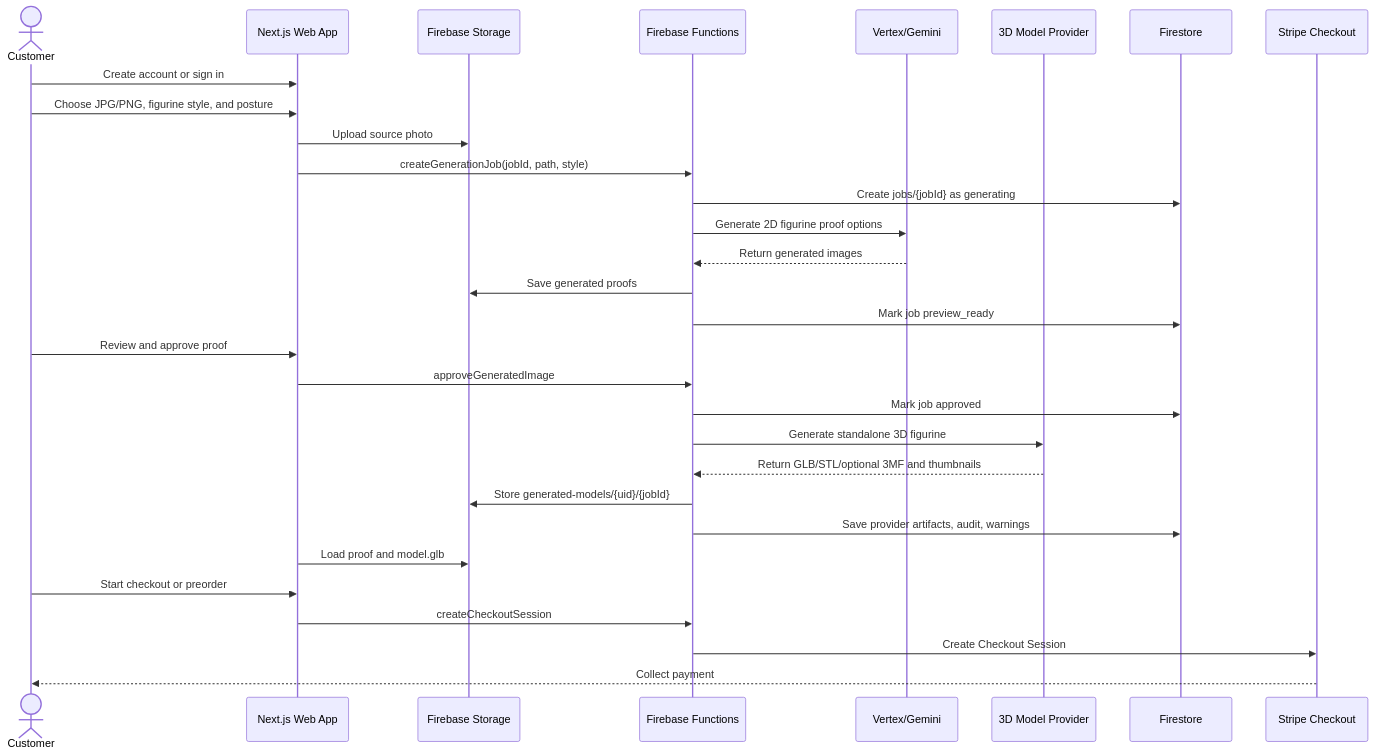
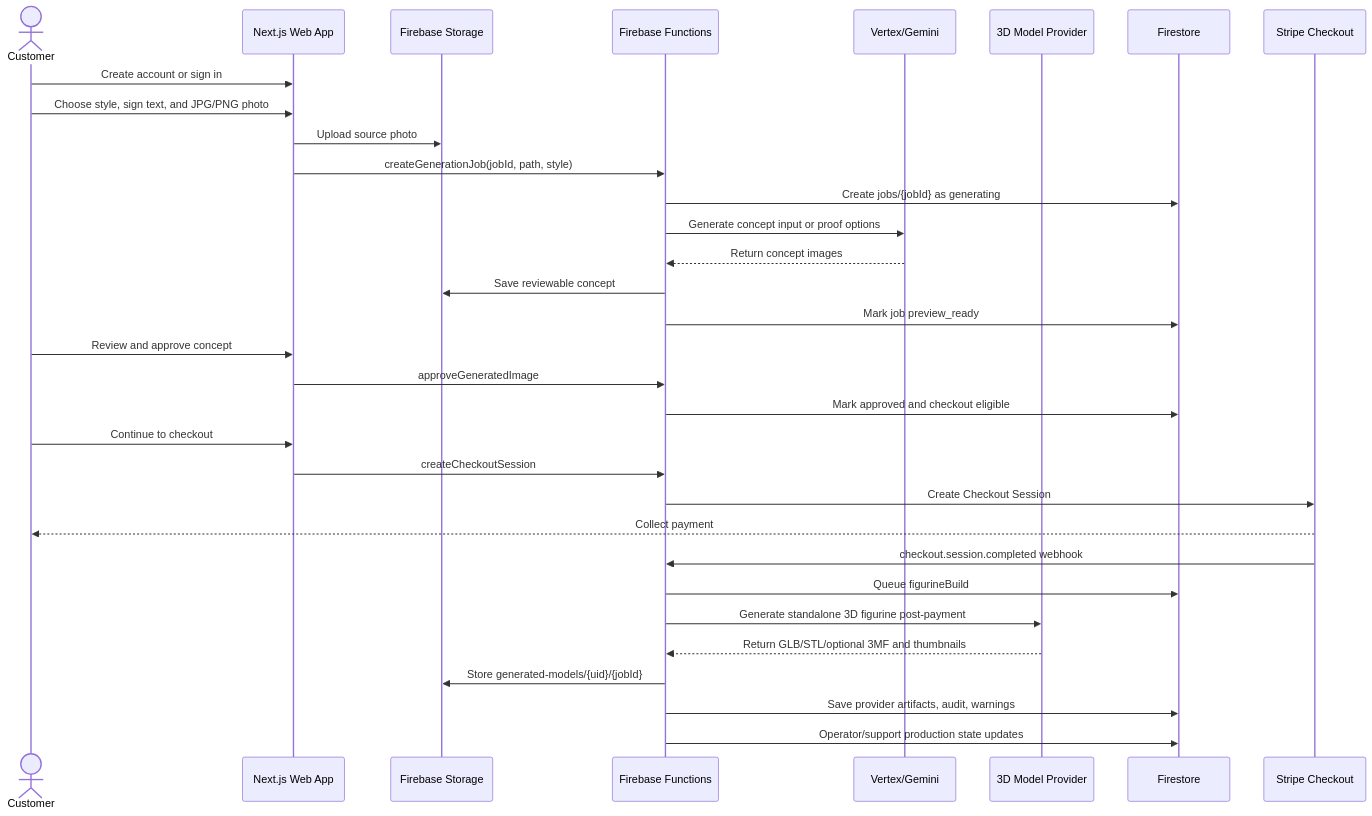
Before and after one commit to KielRN/3dprintposters: the second of 3 diagrams in README.md, drawn with Mermaid. The commit also changed other lines of this file and 27 other files, not shown here.

````diff
--- a/README.md
+++ b/README.md
@@ -97,33 +97,35 @@
 ```mermaid
 sequenceDiagram
   actor Customer
   participant Web as Next.js Web App
   participant Storage as Firebase Storage
   participant Fn as Firebase Functions
   participant AI as Vertex/Gemini
   participant Model as 3D Model Provider
   participant DB as Firestore
   participant Stripe as Stripe Checkout
 
   Customer->>Web: Create account or sign in
-  Customer->>Web: Choose JPG/PNG, figurine style, and posture
+  Customer->>Web: Choose style, sign text, and JPG/PNG photo
   Web->>Storage: Upload source photo
   Web->>Fn: createGenerationJob(jobId, path, style)
   Fn->>DB: Create jobs/{jobId} as generating
-  Fn->>AI: Generate 2D figurine proof options
-  AI-->>Fn: Return generated images
-  Fn->>Storage: Save generated proofs
+  Fn->>AI: Generate concept input or proof options
+  AI-->>Fn: Return concept images
+  Fn->>Storage: Save reviewable concept
   Fn->>DB: Mark job preview_ready
-  Customer->>Web: Review and approve proof
+  Customer->>Web: Review and approve concept
   Web->>Fn: approveGeneratedImage
-  Fn->>DB: Mark job approved
-  Fn->>Model: Generate standalone 3D figurine
+  Fn->>DB: Mark approved and checkout eligible
+  Customer->>Web: Continue to checkout
+  Web->>Fn: createCheckoutSession
+  Fn->>Stripe: Create Checkout Session
+  Stripe-->>Customer: Collect payment
+  Stripe->>Fn: checkout.session.completed webhook
+  Fn->>DB: Queue figurineBuild
+  Fn->>Model: Generate standalone 3D figurine post-payment
   Model-->>Fn: Return GLB/STL/optional 3MF and thumbnails
   Fn->>Storage: Store generated-models/{uid}/{jobId}
   Fn->>DB: Save provider artifacts, audit, warnings
-  Web->>Storage: Load proof and model.glb
-  Customer->>Web: Start checkout or preorder
-  Web->>Fn: createCheckoutSession
-  Fn->>Stripe: Create Checkout Session
-  Stripe-->>Customer: Collect payment
+  Fn->>DB: Operator/support production state updates
 ```
````
